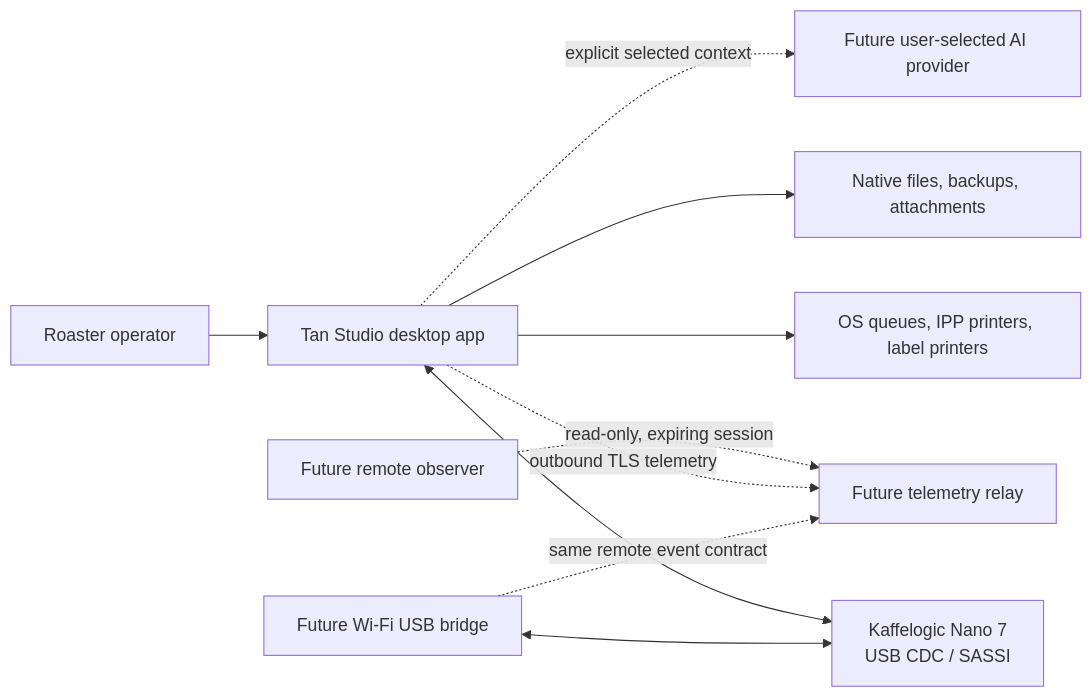
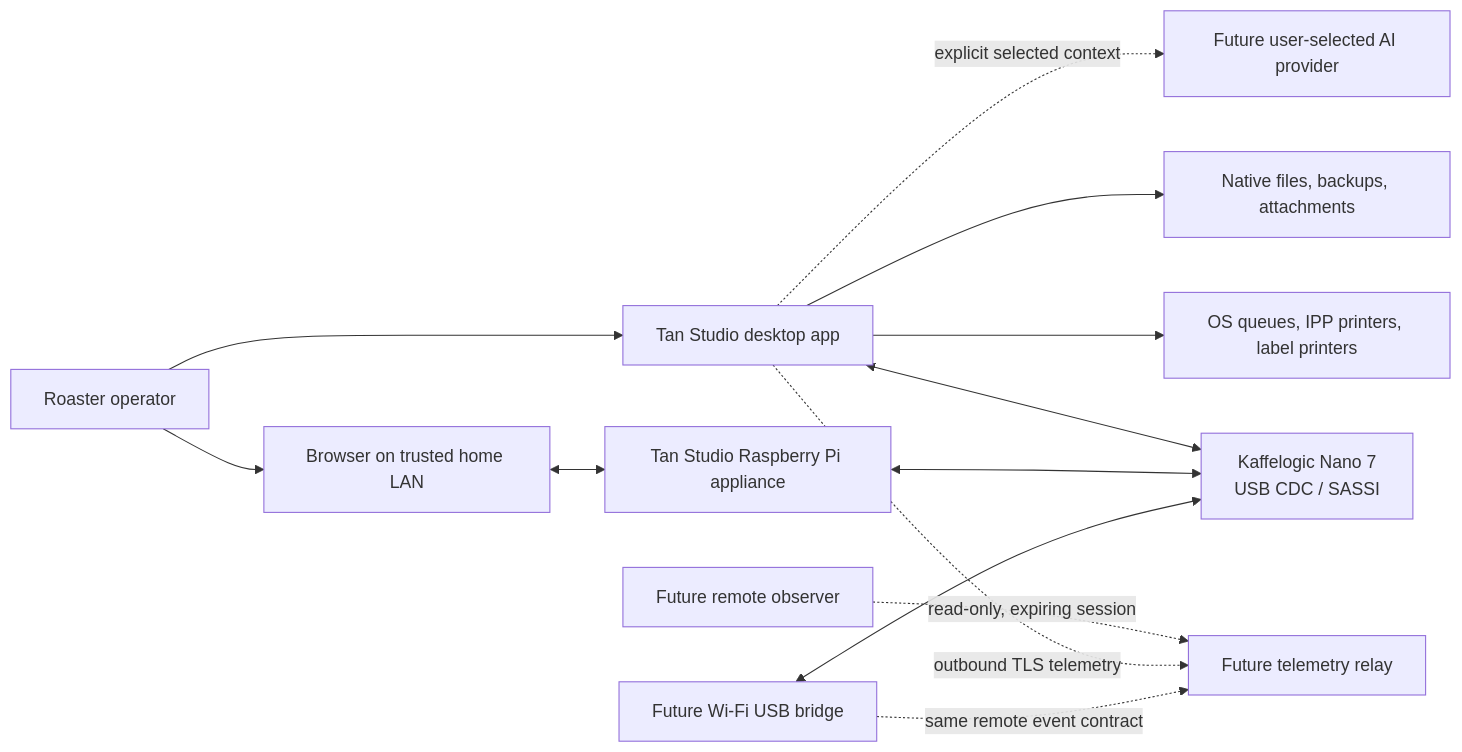
The first of 10 diagrams in docs/04-technical-specification.md (xavierroma/tan-studio), drawn with Mermaid before and after one commit. The commit also changed other lines of this file and 17 other files, not shown here.

Commit message:
feat: deploy Tan Studio as a Pi appliance

````diff
--- a/docs/04-technical-specification.md
+++ b/docs/04-technical-specification.md
@@ -58,12 +59,15 @@
 ```mermaid
 flowchart LR
     Operator["Roaster operator"] --> Desktop["Tan Studio desktop app"]
+    Operator --> Browser["Browser on trusted home LAN"]
+    Browser <--> Appliance["Tan Studio Raspberry Pi appliance"]
     Observer["Future remote observer"] -. "read-only, expiring session" .-> Relay["Future telemetry relay"]
     Desktop <--> Nano["Kaffelogic Nano 7\nUSB CDC / SASSI"]
+    Appliance <--> Nano
     Desktop --> Printers["OS queues, IPP printers, label printers"]
     Desktop --> LocalFiles["Native files, backups, attachments"]
     Desktop -. "explicit selected context" .-> AI["Future user-selected AI provider"]
     Desktop -. "outbound TLS telemetry" .-> Relay
     Bridge["Future Wi-Fi USB bridge"] <--> Nano
     Bridge -. "same remote event contract" .-> Relay
 ```
````
